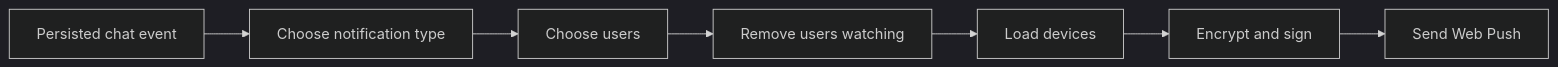
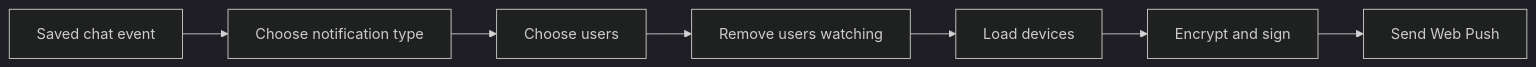
One commit to Ahmedwaleed22/remote.futrx changed the diagram in docs/dev/push-notifications/03-event-to-delivery-pipeline.md. Above: the diagram before and after it, drawn with Mermaid (dark theme). The commit also changed other lines of this file and 2 other files, not shown here.

Commit message:
docs(push): simplify notification guide language

````diff
--- a/docs/dev/push-notifications/03-event-to-delivery-pipeline.md
+++ b/docs/dev/push-notifications/03-event-to-delivery-pipeline.md
@@ -7,9 +7,9 @@
 ```mermaid
 flowchart LR
-    Event["Persisted chat event"] --> Classify["Choose notification type"]
+    Event["Saved chat event"] --> Classify["Choose notification type"]
     Classify --> Audience["Choose users"]
     Audience --> Presence["Remove users watching"]
     Presence --> Devices["Load devices"]
     Devices --> Encrypt["Encrypt and sign"]
     Encrypt --> Send["Send Web Push"]
 ```
````
